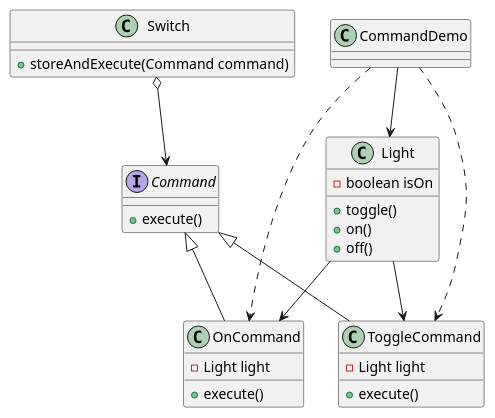
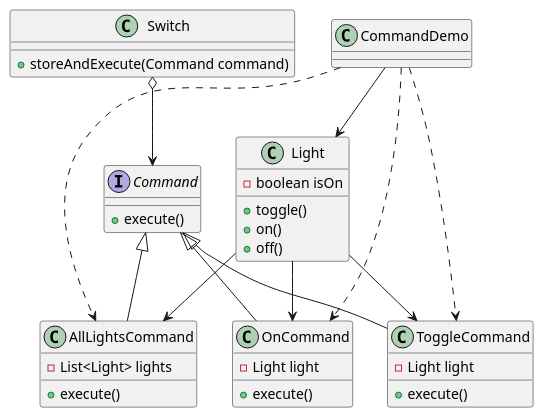
One commit to iBoukhenna/software-design-masterclass changed the diagram in design-patterns/src/main/java/com/example/command/command_demo.puml. Above: the diagram before and after it, drawn with PlantUML. The commit also changed 2 other files, not shown here.

Commit message:
Behavioral : Command with Marco

```diff
--- a/design-patterns/src/main/java/com/example/command/command_demo.puml
+++ b/design-patterns/src/main/java/com/example/command/command_demo.puml
@@ -1,39 +1,47 @@
 class CommandDemo {
 }
 
 class Light {
  - boolean isOn
  + toggle() 
  + on()
  + off()
 }
 
 class OnCommand {
  - Light light
  + execute()
 }
 
 class ToggleCommand {
  - Light light
  + execute()
 }
 
+class AllLightsCommand {
+ - List<Light> lights
+ + execute()
+}
+
 interface Command {
  + execute()
 }
 
 class Switch {
  + storeAndExecute(Command command)
 }
 
 CommandDemo --> Light
 CommandDemo ..> OnCommand
 CommandDemo ..> ToggleCommand
+CommandDemo ..> AllLightsCommand
 
 Light --> OnCommand
 Light --> ToggleCommand
+Light --> AllLightsCommand
 
 Command <|-- OnCommand
 Command <|-- ToggleCommand
+Command <|-- AllLightsCommand
 
 Switch o--> Command 
```
